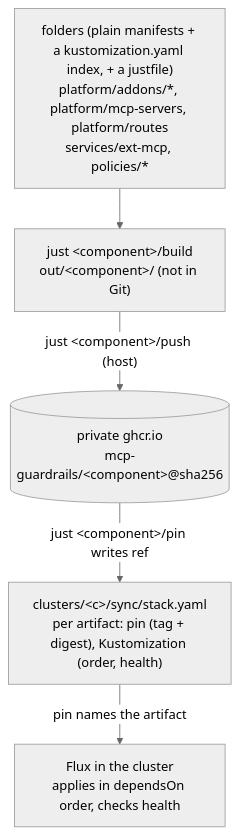
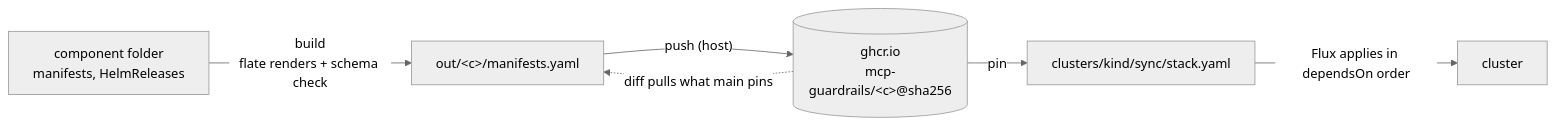
One commit to raghav19/engineersdaybook changed the third of 4 diagrams in code/mcp-sandbox/part-3-mcp-guardrails/README.md. Above: the diagram before and after it, drawn with Mermaid (neutral theme). The commit also changed other lines of this file and 6 other files, not shown here.

First line of the commit message:
refactor(part-3): simpler lib, build validates, diff by digest, README

````diff
--- a/code/mcp-sandbox/part-3-mcp-guardrails/README.md
+++ b/code/mcp-sandbox/part-3-mcp-guardrails/README.md
@@ -82,11 +80,8 @@
 ```mermaid
-flowchart TB
-  fold["folders (plain manifests + a kustomization.yaml index, + a justfile)<br/>platform/addons/*, platform/mcp-servers, platform/routes<br/>services/ext-mcp, policies/*"]
-  stack["clusters/&lt;c&gt;/sync/stack.yaml<br/>per artifact: pin (tag + digest), Kustomization (order, health)"]
-  out["just &lt;component&gt;/build<br/>out/&lt;component&gt;/ (not in Git)"]
-  oci[("private ghcr.io<br/>mcp-guardrails/&lt;component&gt;@sha256")]
-  fold --> out
-  out -- "just &lt;component&gt;/push (host)" --> oci
-  oci -- "just &lt;component&gt;/pin writes ref" --> stack
-  stack -- "pin names the artifact" --> flux["Flux in the cluster<br/>applies in dependsOn order, checks health"]
+flowchart LR
+  fold["component folder<br/>manifests, HelmReleases"] -- "build<br/>flate renders + schema check" --> out["out/&lt;c&gt;/manifests.yaml"]
+  out -- "push (host)" --> oci[("ghcr.io<br/>mcp-guardrails/&lt;c&gt;@sha256")]
+  oci -- "pin" --> stack["clusters/kind/sync/stack.yaml"]
+  stack -- "Flux applies in dependsOn order" --> cluster["cluster"]
+  oci -. "diff pulls what main pins" .-> out
 ```
````
